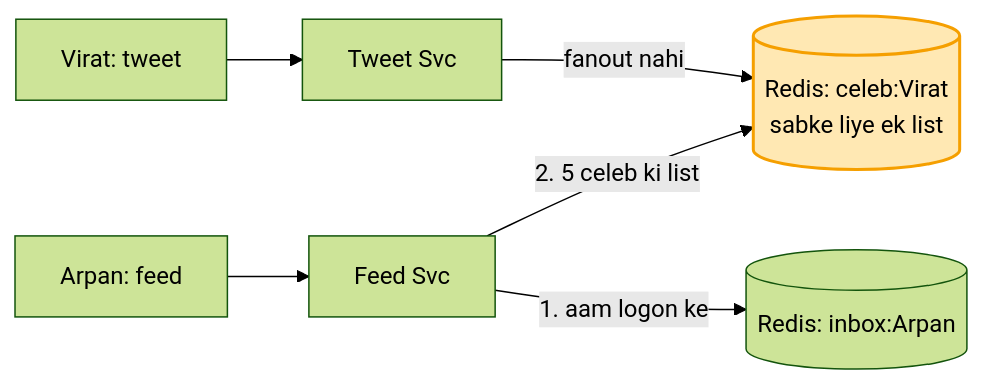
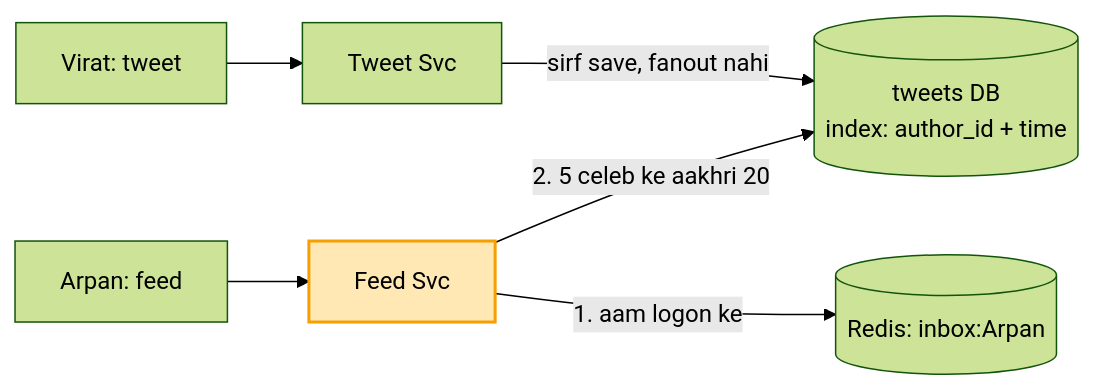
The fourth of 5 diagrams in 04_HLD/SYSTEM_DESIGNS/03_twitter_feed/twitter_naya.md (ArpanMaheshwari144/Prep), drawn with Mermaid (forest theme) before and after one commit. The commit also changed other lines of this file, not shown here.

Commit message:
twitter: kadam 4-5 sahi (celeb tweet DB se padhte waqt, viral pe local cache; Redis sirf inbox) - Arpan ne pakda

````diff
--- a/04_HLD/SYSTEM_DESIGNS/03_twitter_feed/twitter_naya.md
+++ b/04_HLD/SYSTEM_DESIGNS/03_twitter_feed/twitter_naya.md
@@ -150,9 +150,9 @@
 ```mermaid
 flowchart LR
     V["Virat: tweet"] --> TS["Tweet Svc"]
-    TS -- "fanout nahi" --> CL[("Redis: celeb:Virat<br/>sabke liye ek list")]
+    TS -- "sirf save, fanout nahi" --> T[("tweets DB<br/>index: author_id + time")]
     U["Arpan: feed"] --> F["Feed Svc"]
     F -- "1. aam logon ke" --> IN[("Redis: inbox:Arpan")]
-    F -- "2. 5 celeb ki list" --> CL
-    style CL fill:#ffe8b3,stroke:#f59f00,stroke-width:2px,color:#000
+    F -- "2. 5 celeb ke aakhri 20" --> T
+    style F fill:#ffe8b3,stroke:#f59f00,stroke-width:2px,color:#000
 ```
````
